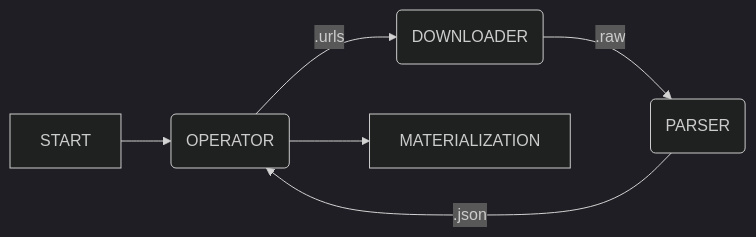
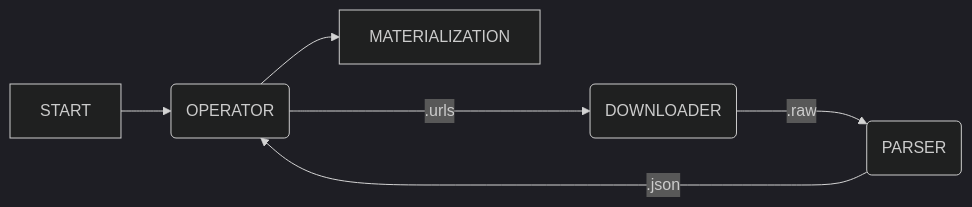
The diagram in README.md (Glutexo/onigumo), drawn with Mermaid (dark theme) before and after one commit.

Commit message:
Use triple-dash arrows
The triple-dash arrows make the lines longer. Like that, the graph looks much nicer: the primary cycle is clearly separated from the input and output.

````diff
--- a/README.md
+++ b/README.md
@@ -17,8 +17,8 @@
 ```mermaid
 flowchart LR
     START             -->           operator(OPERATOR)
-    operator    -- <hash>.urls -->    downloader(DOWNLOADER)
-    downloader  -- <hash>.raw -->      parser(PARSER)
-    parser      -- <hash>.json -->       operator
+    operator    -- <hash>.urls --->    downloader(DOWNLOADER)
+    downloader  -- <hash>.raw --->      parser(PARSER)
+    parser      -- <hash>.json --->       operator
     operator           -->          MATERIALIZATION
 ```
````
